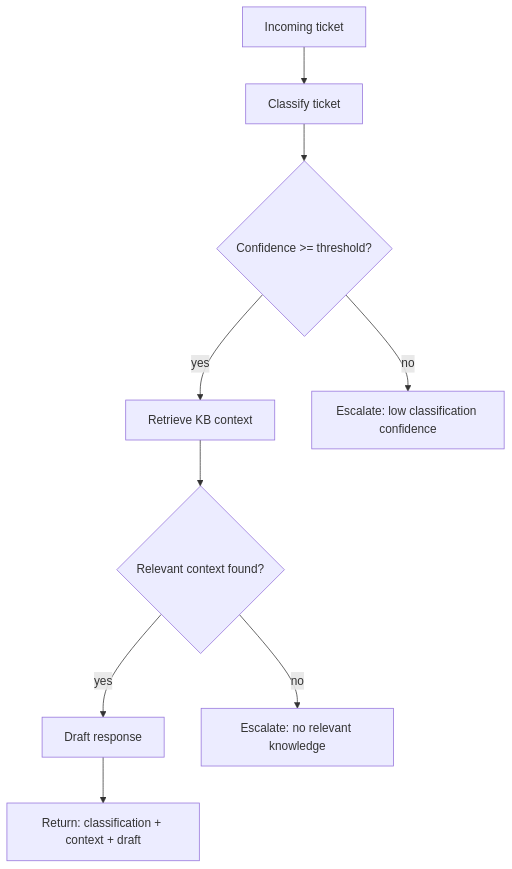
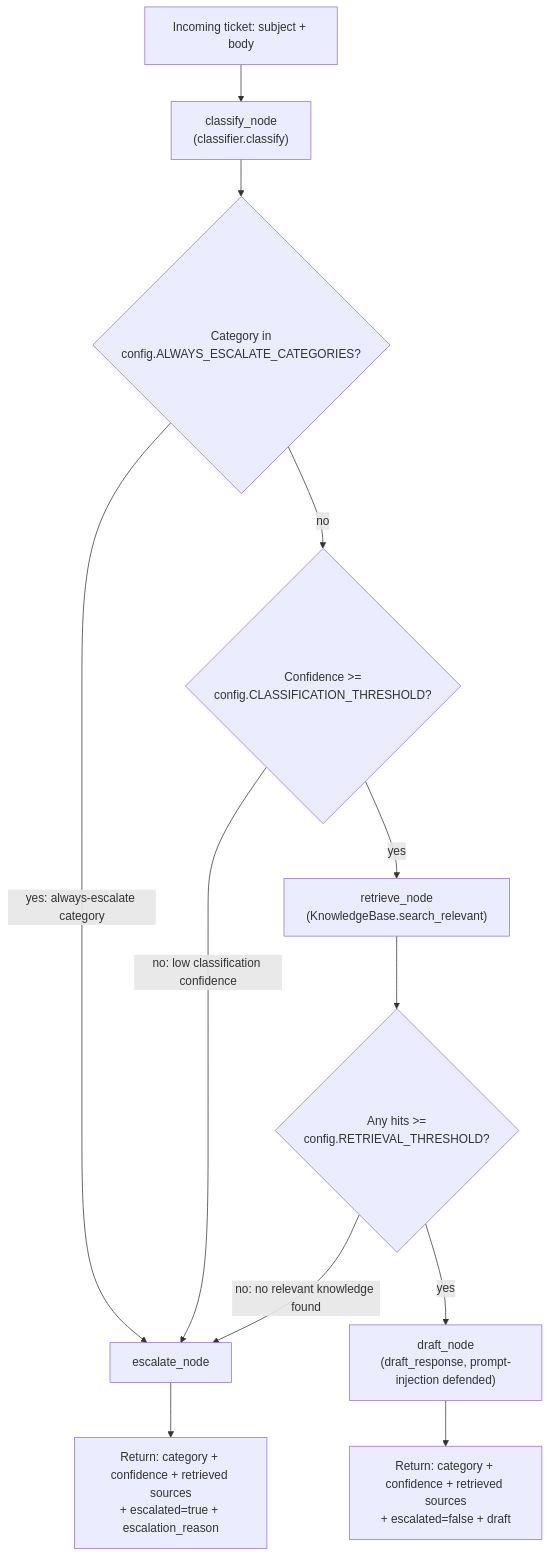
One commit to Surya1ksn/astra-triage changed the diagram in stage1/diagrams/pipeline.md. Above: the diagram before and after it, drawn with Mermaid. The commit also changed other lines of this file, not shown here.

First line of the commit message:
docs: complete stage1 pipeline diagram

````diff
--- a/stage1/diagrams/pipeline.md
+++ b/stage1/diagrams/pipeline.md
@@ -27,19 +23,17 @@
 ```mermaid
 flowchart TD
-    A[Incoming ticket] --> B[Classify ticket]
-    B --> C{Confidence >= threshold?}
-    C -- yes --> D[Retrieve KB context]
-    C -- no --> Z1[Escalate: low classification confidence]
+    A[Incoming ticket: subject + body] --> B["classify_node\n(classifier.classify)"]
 
-    D --> E{Relevant context found?}
-    E -- yes --> F[Draft response]
-    E -- no --> Z2[Escalate: no relevant knowledge]
+    B --> C{"Category in\nconfig.ALWAYS_ESCALATE_CATEGORIES?"}
+    C -- "yes: always-escalate category" --> ESC[escalate_node]
+    C -- no --> D{"Confidence >=\nconfig.CLASSIFICATION_THRESHOLD?"}
+    D -- "no: low classification confidence" --> ESC
+    D -- yes --> E["retrieve_node\n(KnowledgeBase.search_relevant)"]
 
-    %% TODO: add the branch for categories that must ALWAYS escalate
-    %% regardless of confidence/retrieval (see config.ALWAYS_ESCALATE_CATEGORIES)
+    E --> F{"Any hits >=\nconfig.RETRIEVAL_THRESHOLD?"}
+    F -- "no: no relevant knowledge found" --> ESC
+    F -- yes --> G["draft_node\n(draft_response, prompt-injection defended)"]
 
-    F --> G[Return: classification + context + draft]
-
-    %% TODO: unify all escalation paths into one clearly labeled output
-    %% node, e.g. "Return: classification + escalation reason"
+    ESC --> H["Return: category + confidence + retrieved sources\n+ escalated=true + escalation_reason"]
+    G --> I["Return: category + confidence + retrieved sources\n+ escalated=false + draft"]
 ```
````
